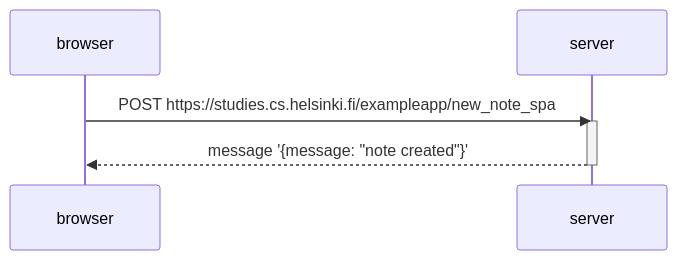
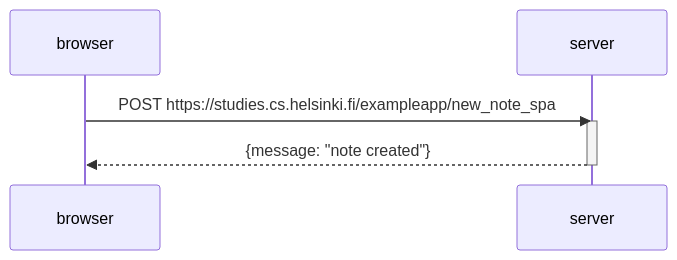
Before and after one commit to KPreal/fullstackopen: the diagram in part0/sequence-diagram-spa-new-note.md, drawn with Mermaid.

Commit message:
removed extra 'message' from diagram

````diff
--- a/part0/sequence-diagram-spa-new-note.md
+++ b/part0/sequence-diagram-spa-new-note.md
@@ -1,10 +1,10 @@
 ```mermaid
 sequenceDiagram
     participant browser
     participant server
 
     browser->>server: POST https://studies.cs.helsinki.fi/exampleapp/new_note_spa
     activate server
-    server-->>browser: message '{message: "note created"}'
+    server-->>browser: {message: "note created"}
     deactivate server
 ```
````
